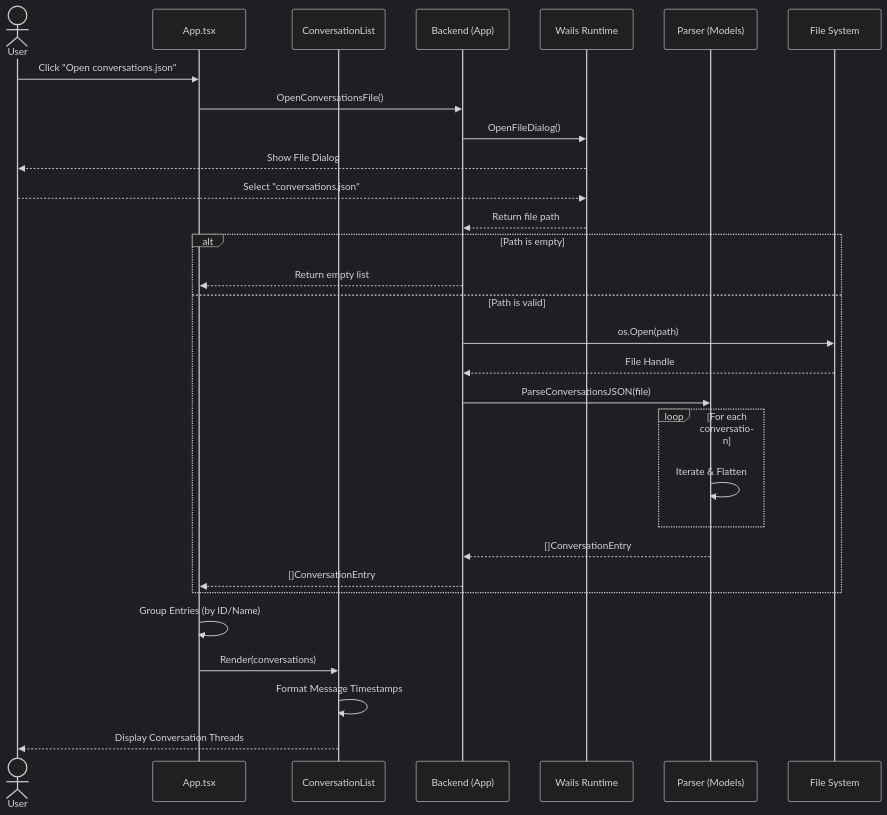
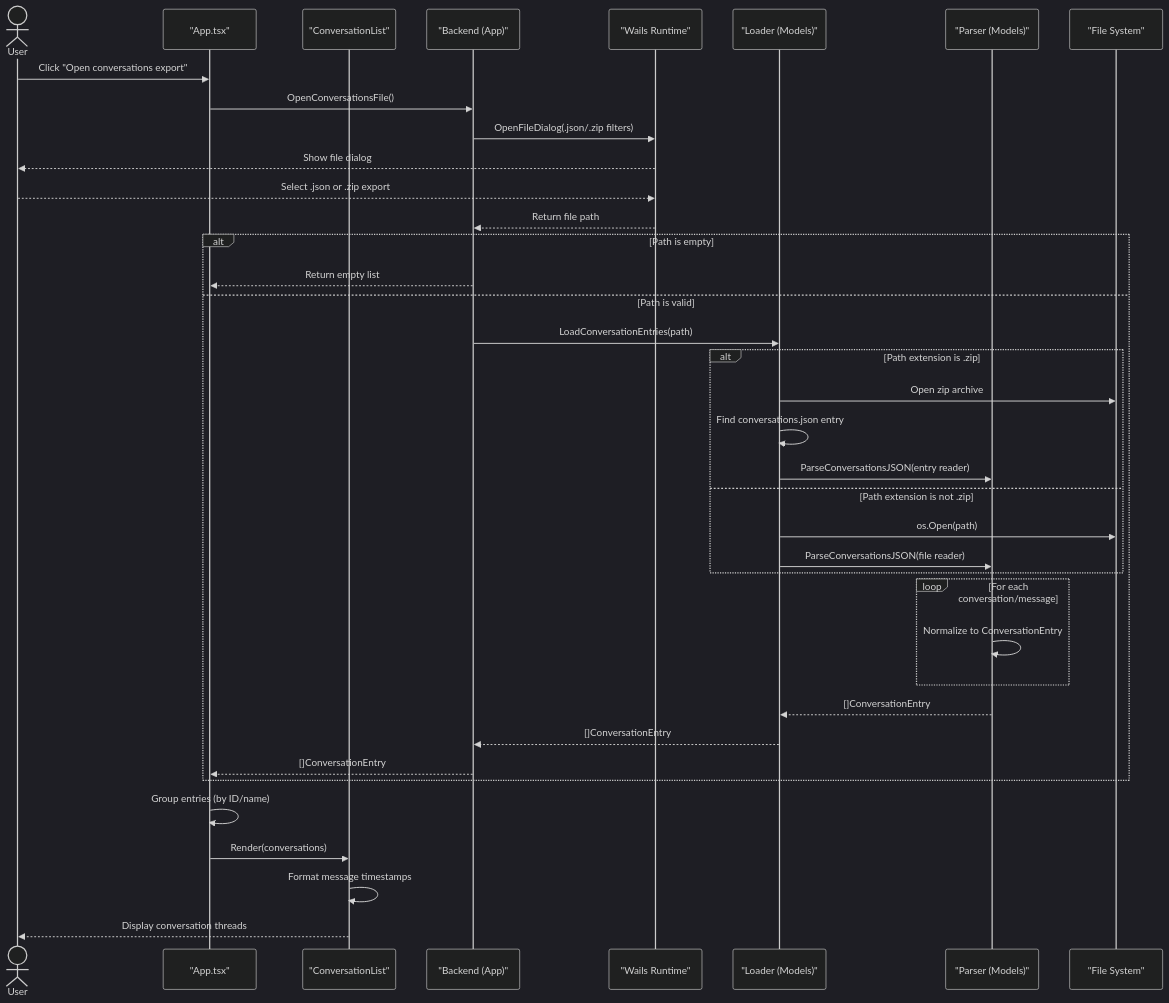
One commit to johnpfeiffer/chat-explorer changed the second of 2 diagrams in docs/architecture.md. Above: the diagram before and after it, drawn with Mermaid (dark theme). The commit also changed other lines of this file and 8 other files, not shown here.

Commit message:
v3 supports loading conversations.json directly from the zip archive

````diff
--- a/docs/architecture.md
+++ b/docs/architecture.md
@@ -105,35 +113,43 @@
 ```mermaid
 sequenceDiagram
     actor User
-    participant UI as App.tsx
-    participant List as ConversationList
-    participant Backend as Backend (App)
-    participant Runtime as Wails Runtime
-    participant Parser as Parser (Models)
-    participant FS as File System
+    participant UI as "App.tsx"
+    participant List as "ConversationList"
+    participant Backend as "Backend (App)"
+    participant Runtime as "Wails Runtime"
+    participant Loader as "Loader (Models)"
+    participant Parser as "Parser (Models)"
+    participant FS as "File System"
 
-    User->>UI: Click "Open conversations.json"
+    User->>UI: Click "Open conversations export"
     UI->>Backend: OpenConversationsFile()
-    Backend->>Runtime: OpenFileDialog()
-    Runtime-->>User: Show File Dialog
-    User-->>Runtime: Select "conversations.json"
+    Backend->>Runtime: OpenFileDialog(.json/.zip filters)
+    Runtime-->>User: Show file dialog
+    User-->>Runtime: Select .json or .zip export
     Runtime-->>Backend: Return file path
-    
+
     alt Path is empty
         Backend-->>UI: Return empty list
     else Path is valid
-        Backend->>FS: os.Open(path)
-        FS-->>Backend: File Handle
-        Backend->>Parser: ParseConversationsJSON(file)
-        loop For each conversation
-            Parser->>Parser: Iterate & Flatten
+        Backend->>Loader: LoadConversationEntries(path)
+        alt Path extension is .zip
+            Loader->>FS: Open zip archive
+            Loader->>Loader: Find conversations.json entry
+            Loader->>Parser: ParseConversationsJSON(entry reader)
+        else Path extension is not .zip
+            Loader->>FS: os.Open(path)
+            Loader->>Parser: ParseConversationsJSON(file reader)
         end
-        Parser-->>Backend: []ConversationEntry
+        loop For each conversation/message
+            Parser->>Parser: Normalize to ConversationEntry
+        end
+        Parser-->>Loader: []ConversationEntry
+        Loader-->>Backend: []ConversationEntry
         Backend-->>UI: []ConversationEntry
     end
-    
-    UI->>UI: Group Entries (by ID/Name)
+
+    UI->>UI: Group entries (by ID/name)
     UI->>List: Render(conversations)
-    List->>List: Format Message Timestamps
-    List-->>User: Display Conversation Threads
+    List->>List: Format message timestamps
+    List-->>User: Display conversation threads
 ```
````
